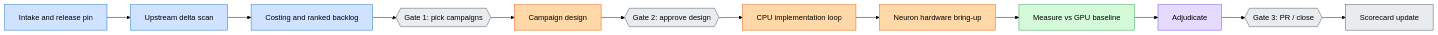
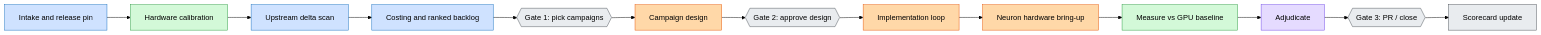
Before and after one commit to jinhuang12/pave: the first of 7 diagrams in generated-plugins/vllm-neuron-parity/README.md, drawn with Mermaid (forest theme). The commit also changed other lines of this file and 334 other files, not shown here.

First line of the commit message:
Release vllm-neuron-parity 1.8.0: revision 18-19 copies, hardware-cost reference, bundled Neuron skills

````diff
--- a/generated-plugins/vllm-neuron-parity/README.md
+++ b/generated-plugins/vllm-neuron-parity/README.md
@@ -138,24 +141,25 @@
 ```mermaid
 flowchart LR
-  A[Intake and release pin] --> B[Upstream delta scan]
+  A[Intake and release pin] --> A2[Hardware calibration]
+  A2 --> B[Upstream delta scan]
   B --> C[Costing and ranked backlog]
   C --> D{{Gate 1: pick campaigns}}
   D --> E[Campaign design]
   E --> F{{Gate 2: approve design}}
-  F --> G[CPU implementation loop]
+  F --> G[Implementation loop]
   G --> H[Neuron hardware bring-up]
   H --> I[Measure vs GPU baseline]
   I --> J[Adjudicate]
   J --> K{{Gate 3: PR / close}}
   K --> L[Scorecard update]
   class A,B,C cInv
   class E,G,H cImpl
-  class I cMeas
+  class A2,I cMeas
   class J cAdj
   class D,F,K,L cGate
   classDef cInv fill:#cfe2ff,stroke:#1971c2,color:#000
   classDef cImpl fill:#ffd8a8,stroke:#e8590c,color:#000
   classDef cMeas fill:#d3f9d8,stroke:#2f9e44,color:#000
   classDef cAdj fill:#e5dbff,stroke:#7048e8,color:#000
   classDef cGate fill:#e9ecef,stroke:#495057,color:#000
 ```
````
